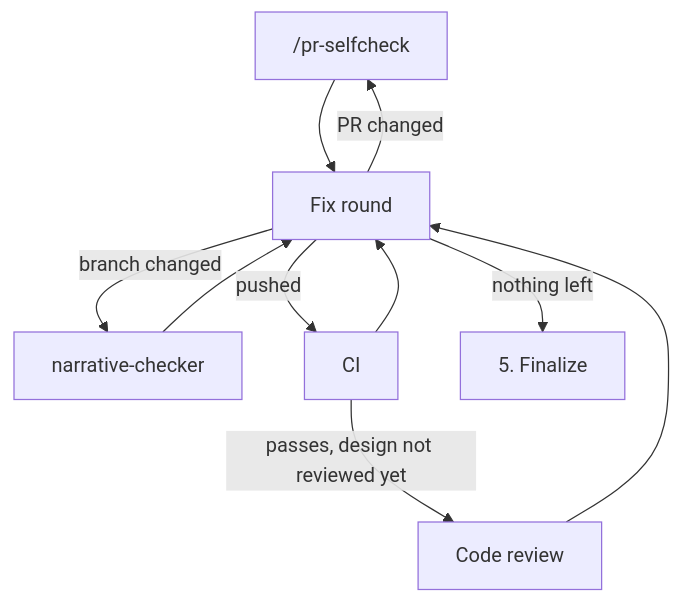
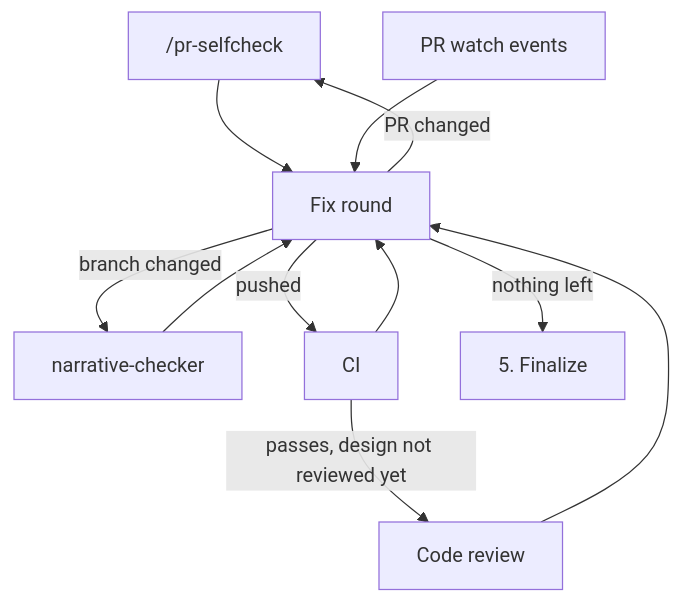
Before and after one commit to ikuwow/dotfiles: the second of 2 diagrams in claude/skills/git-workflow/SKILL.md, drawn with Mermaid. The commit also changed other lines of this file and 2 other files, not shown here.

First line of the commit message:
Start the PR watch when the PR is created (#537)

````diff
--- a/claude/skills/git-workflow/SKILL.md
+++ b/claude/skills/git-workflow/SKILL.md
@@ -162,18 +172,20 @@
 ```mermaid
 flowchart TD
     selfcheck["/pr-selfcheck"]
     narrative["narrative-checker"]
     ci["CI"]
     review["Code review"]
+    events["PR watch events"]
     round["Fix round"]
 
     ci -- "passes, design not reviewed yet" --> review
     selfcheck --> round
     narrative --> round
     ci --> round
     review --> round
+    events --> round
     round -- "PR changed" --> selfcheck
     round -- "branch changed" --> narrative
     round -- "pushed" --> ci
     round -- "nothing left" --> finalize["5. Finalize"]
 ```
````
